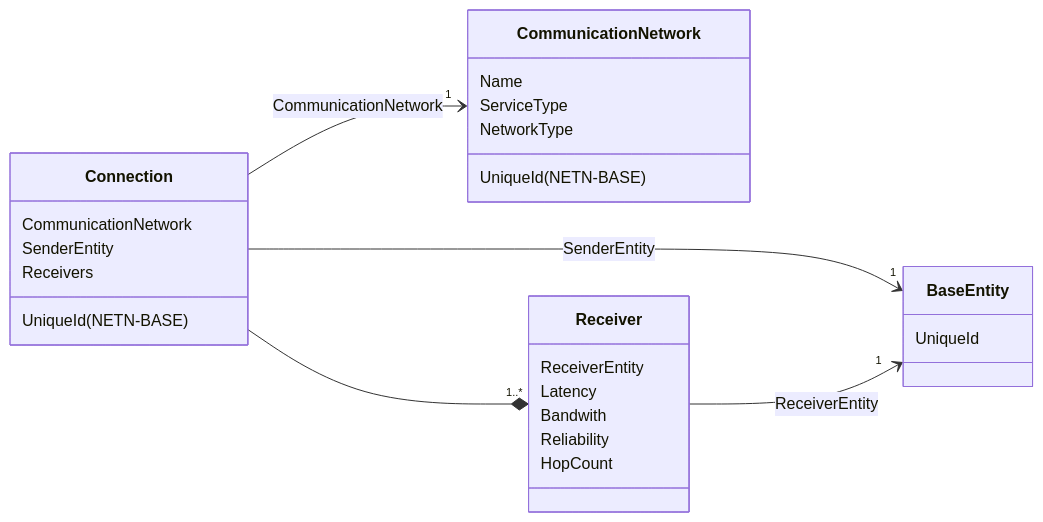
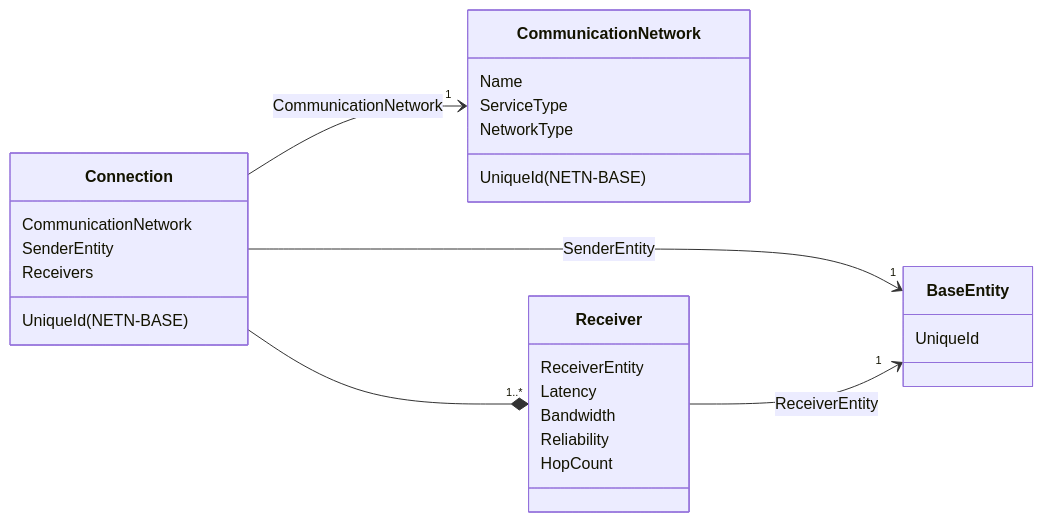
Before and after one commit to AMSP-04/NETN-FOM: the fourth of 7 diagrams in modules/NETN-COM/NETN-COM.md, drawn with Mermaid. The commit also changed other lines of this file, not shown here.

````diff
--- a/modules/NETN-COM/NETN-COM.md
+++ b/modules/NETN-COM/NETN-COM.md
@@ -122,31 +122,31 @@
 ```mermaid
 classDiagram
 direction LR
 
 
 
 Connection: CommunicationNetwork
 Connection: SenderEntity
 Connection: Receivers
 Connection: UniqueId(NETN-BASE)
 
 CommunicationNetwork:Name
 CommunicationNetwork:ServiceType
 CommunicationNetwork:NetworkType
 CommunicationNetwork:UniqueId(NETN-BASE)
 
 
 Connection --> "1" CommunicationNetwork : CommunicationNetwork
 Connection --> "1" BaseEntity : SenderEntity
 Connection --* "1..*" Receiver
 
 Receiver:ReceiverEntity
 Receiver:Latency
-Receiver:Bandwith
+Receiver:Bandwidth
 Receiver:Reliability
 Receiver:HopCount
 Receiver --> "1" BaseEntity:ReceiverEntity
 
 BaseEntity:UniqueId
 
 ```
````
